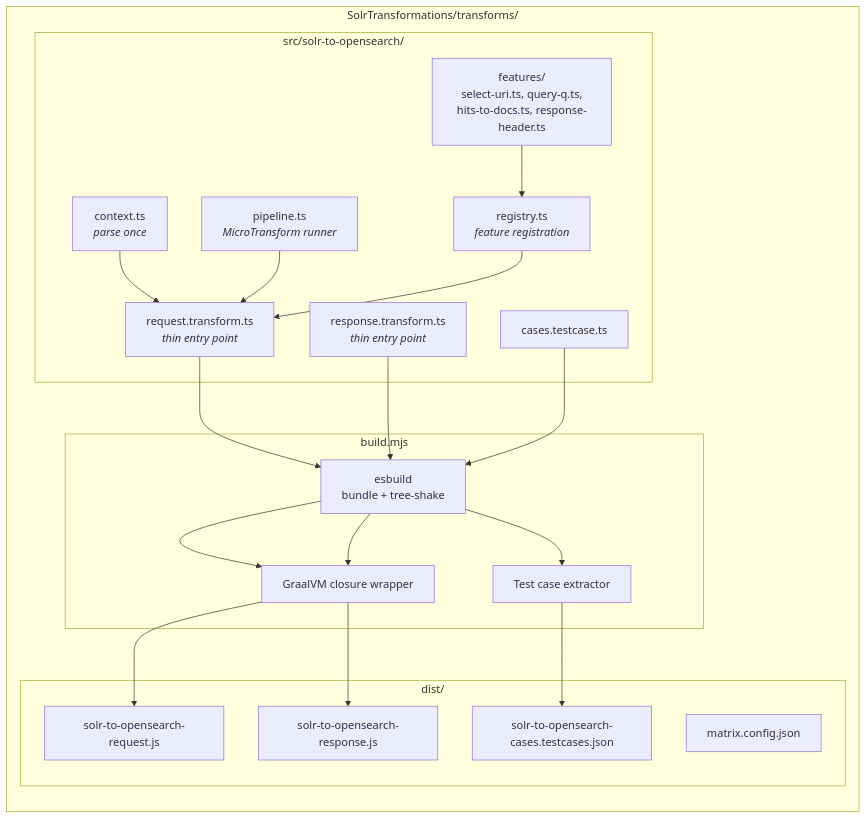
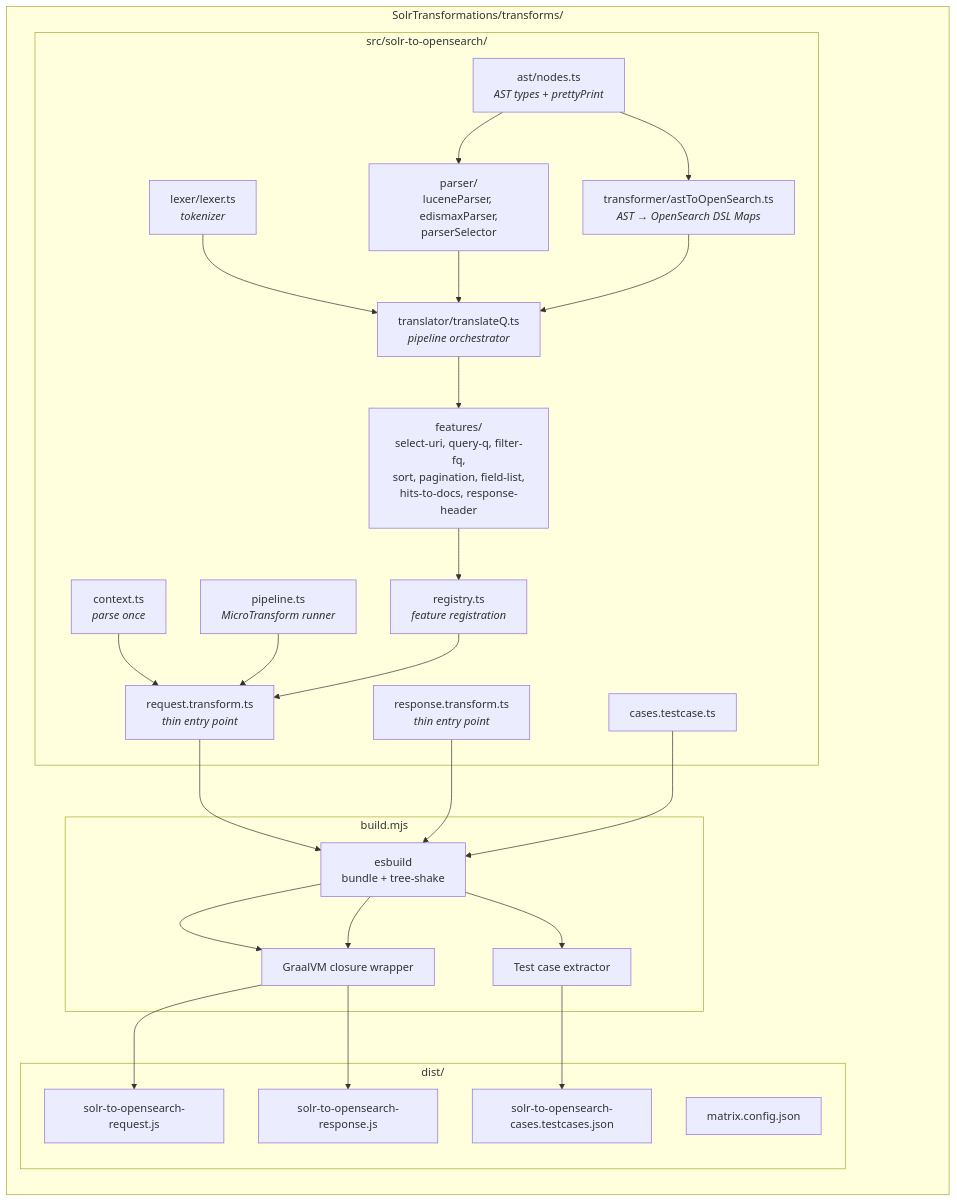
One commit to opensearch-project/opensearch-migrations changed the first of 7 diagrams in TrafficCapture/SolrTransformations/docs/TRANSFORMS.md. Above: the diagram before and after it, drawn with Mermaid. The commit also changed other lines of this file and 14 other files, not shown here.

````diff
--- a/TrafficCapture/SolrTransformations/docs/TRANSFORMS.md
+++ b/TrafficCapture/SolrTransformations/docs/TRANSFORMS.md
@@ -19,35 +19,46 @@
 ```mermaid
 graph LR
     subgraph SolrTransformations["SolrTransformations/transforms/"]
         subgraph Source["src/solr-to-opensearch/"]
             Context["context.ts<br/><i>parse once</i>"]
             Pipeline["pipeline.ts<br/><i>MicroTransform runner</i>"]
             Registry["registry.ts<br/><i>feature registration</i>"]
-            Features["features/<br/>select-uri.ts, query-q.ts,<br/>hits-to-docs.ts, response-header.ts"]
+            Features["features/<br/>select-uri, query-q, filter-fq,<br/>sort, pagination, field-list,<br/>hits-to-docs, response-header"]
+            Lexer["lexer/lexer.ts<br/><i>tokenizer</i>"]
+            AST["ast/nodes.ts<br/><i>AST types + prettyPrint</i>"]
+            Parsers["parser/<br/>luceneParser, edismaxParser,<br/>parserSelector"]
+            Transformer["transformer/astToOpenSearch.ts<br/><i>AST → OpenSearch DSL Maps</i>"]
+            Translator["translator/translateQ.ts<br/><i>pipeline orchestrator</i>"]
             ReqTS["request.transform.ts<br/><i>thin entry point</i>"]
             RespTS["response.transform.ts<br/><i>thin entry point</i>"]
             Cases["cases.testcase.ts"]
         end
 
         subgraph BuildTool["build.mjs"]
             ESBuild["esbuild<br/>bundle + tree-shake"]
             GraalWrap["GraalVM closure wrapper"]
             TestExtract["Test case extractor"]
         end
 
         subgraph Dist["dist/"]
             ReqJS["solr-to-opensearch-request.js"]
             RespJS["solr-to-opensearch-response.js"]
             TestJSON["solr-to-opensearch-cases.testcases.json"]
             ConfigJSON["matrix.config.json"]
         end
     end
 
     Features --> Registry
+    Lexer --> Translator
+    AST --> Parsers
+    AST --> Transformer
+    Parsers --> Translator
+    Transformer --> Translator
+    Translator --> Features
     Context --> ReqTS
     Pipeline --> ReqTS
     Registry --> ReqTS
     ReqTS --> ESBuild --> GraalWrap --> ReqJS
     RespTS --> ESBuild --> GraalWrap --> RespJS
     Cases --> ESBuild --> TestExtract --> TestJSON
 ```
````
